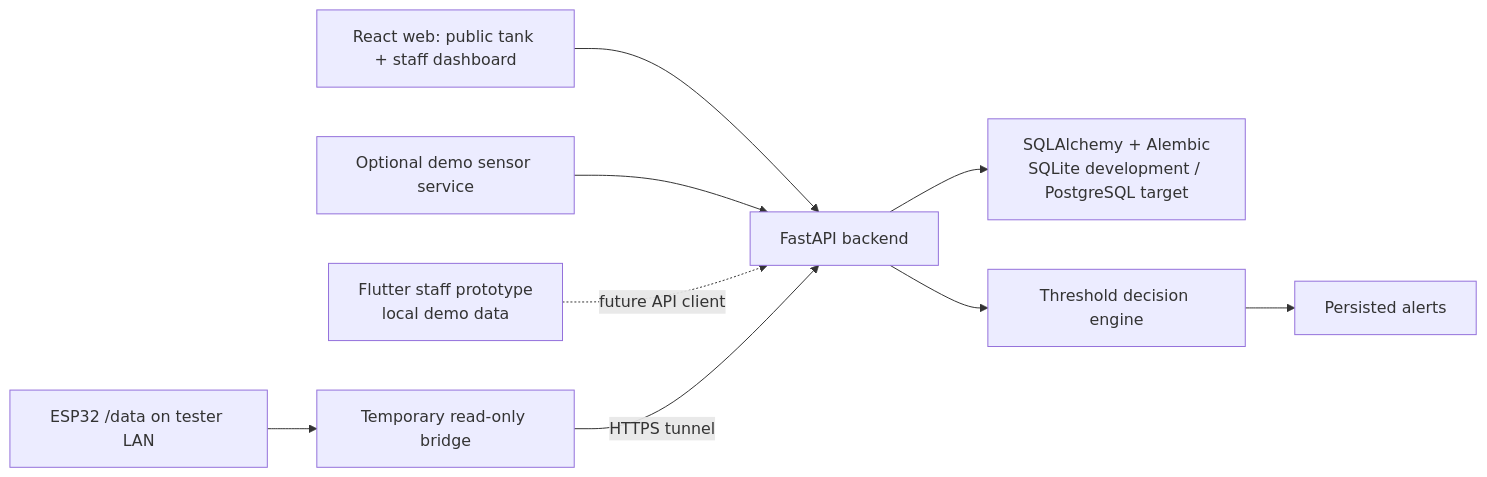
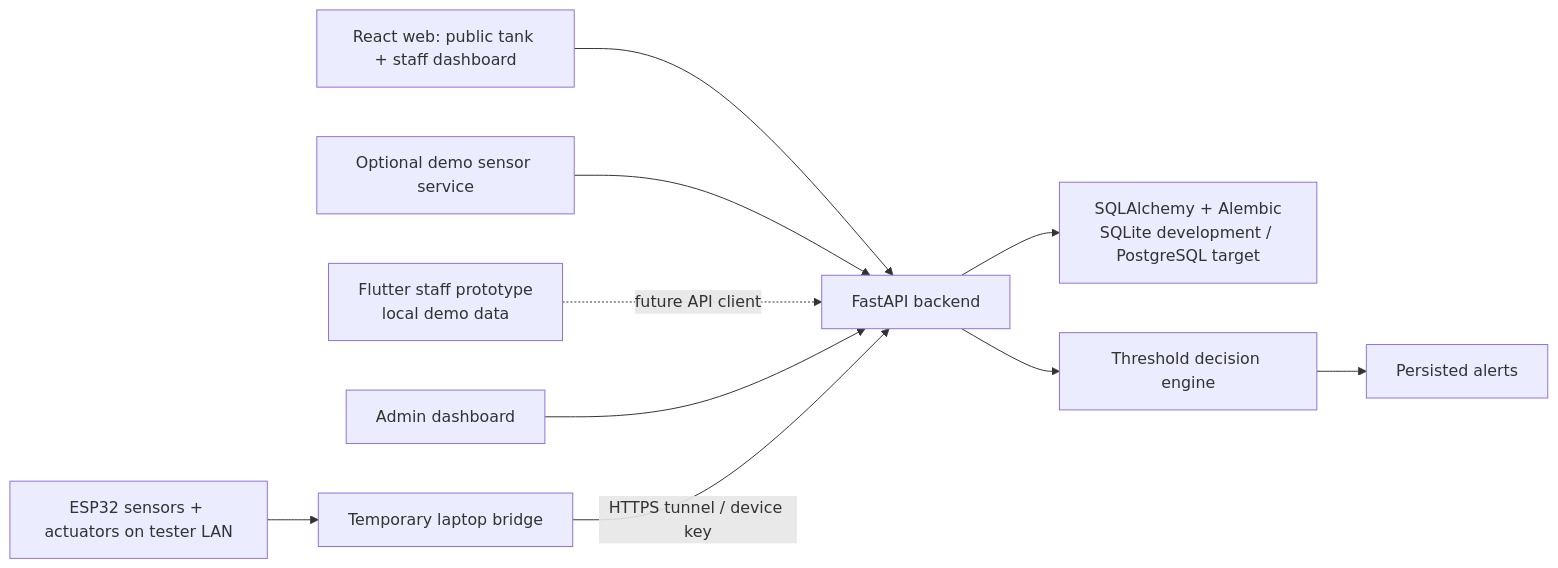
Before and after one commit to azure-cj/AquaLogic: the diagram in docs/ARCHITECTURE.md, drawn with Mermaid. The commit also changed other lines of this file and 30 other files, not shown here.

````diff
--- a/docs/ARCHITECTURE.md
+++ b/docs/ARCHITECTURE.md
@@ -8,11 +8,12 @@
 ```mermaid
 flowchart LR
     Web["React web: public tank + staff dashboard"] --> API["FastAPI backend"]
     API --> DB["SQLAlchemy + Alembic\nSQLite development / PostgreSQL target"]
     API --> Rules["Threshold decision engine"]
     Rules --> Alerts["Persisted alerts"]
     Demo["Optional demo sensor service"] --> API
     Mobile["Flutter staff prototype\nlocal demo data"] -. future API client .-> API
-    ESP["ESP32 /data on tester LAN"] --> Bridge["Temporary read-only bridge"]
-    Bridge -->|"HTTPS tunnel"| API
+    Admin["Admin dashboard"] --> API
+    ESP["ESP32 sensors + actuators on tester LAN"] --> Bridge["Temporary laptop bridge"]
+    Bridge -->|"HTTPS tunnel / device key"| API
 ```
````
